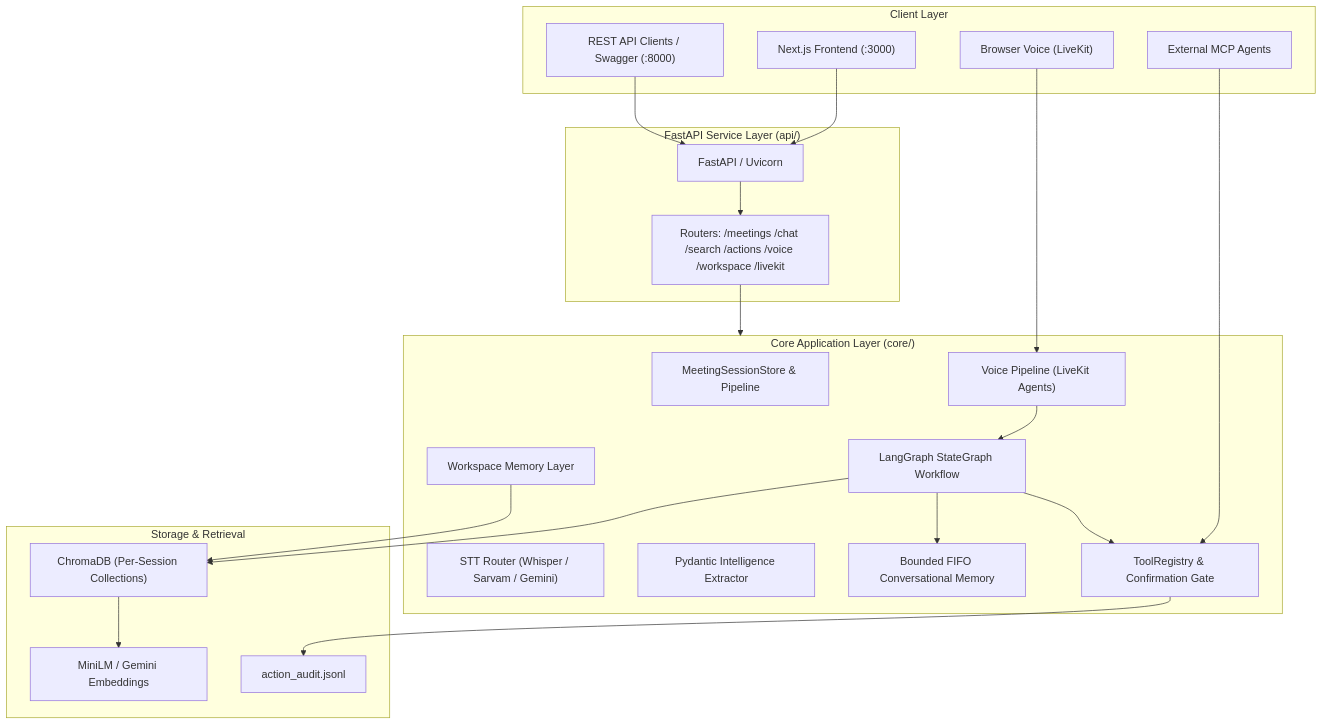
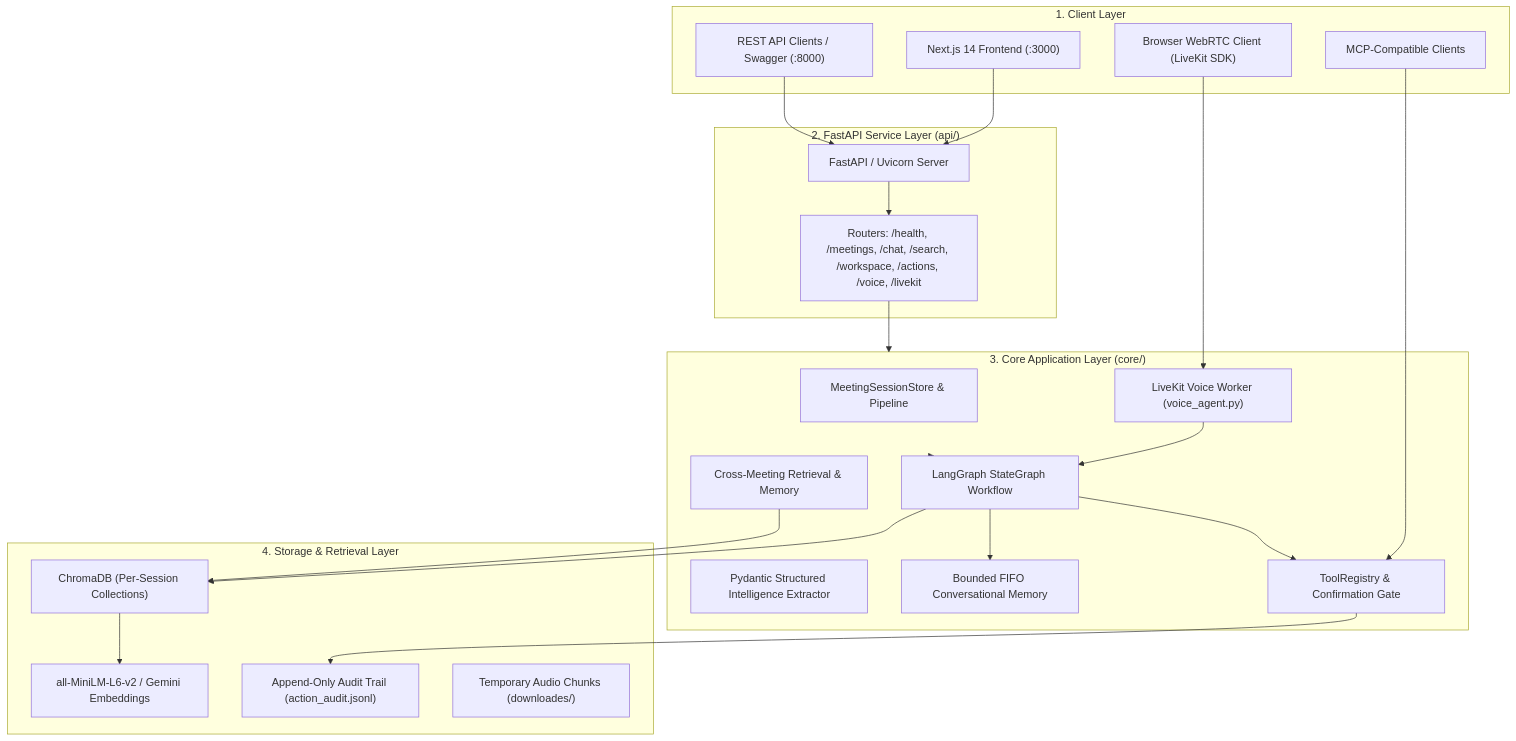
Before and after one commit to sanskarchourasiya445/RecallAI: the first of 2 diagrams in README.md, drawn with Mermaid. The commit also changed other lines of this file, not shown here.

````diff
--- a/README.md
+++ b/README.md
@@ -86,45 +82,46 @@
 ```mermaid
 flowchart TD
-    subgraph Clients["Client Layer"]
-        FE["Next.js Frontend (:3000)"]
+    subgraph Clients["1. Client Layer"]
+        FE["Next.js 14 Frontend (:3000)"]
         REST["REST API Clients / Swagger (:8000)"]
-        MCP_C["External MCP Agents"]
-        VOICE_C["Browser Voice (LiveKit)"]
+        VOICE_C["Browser WebRTC Client (LiveKit SDK)"]
+        MCP_C["MCP-Compatible Clients"]
     end
 
-    subgraph API["FastAPI Service Layer (api/)"]
-        APIGW["FastAPI / Uvicorn"]
-        Routers["Routers: /meetings /chat /search /actions /voice /workspace /livekit"]
+    subgraph API["2. FastAPI Service Layer (api/)"]
+        FASTAPI["FastAPI / Uvicorn Server"]
+        Routers["Routers: /health, /meetings, /chat, /search, /workspace, /actions, /voice, /livekit"]
     end
 
-    subgraph Core["Core Application Layer (core/)"]
+    subgraph Core["3. Core Application Layer (core/)"]
         Store["MeetingSessionStore & Pipeline"]
         Graph["LangGraph StateGraph Workflow"]
-        STT["STT Router (Whisper / Sarvam / Gemini)"]
-        Extract["Pydantic Intelligence Extractor"]
+        Extract["Pydantic Structured Intelligence Extractor"]
         Memory["Bounded FIFO Conversational Memory"]
         Tools["ToolRegistry & Confirmation Gate"]
-        Voice["Voice Pipeline (LiveKit Agents)"]
-        WorkspaceMem["Workspace Memory Layer"]
+        VoiceAgent["LiveKit Voice Worker (voice_agent.py)"]
+        WorkspaceRAG["Cross-Meeting Retrieval & Memory"]
     end
 
-    subgraph Storage["Storage & Retrieval"]
+    subgraph Storage["4. Storage & Retrieval Layer"]
         Chroma["ChromaDB (Per-Session Collections)"]
-        Embed["MiniLM / Gemini Embeddings"]
-        Audit["action_audit.jsonl"]
+        Embeddings["all-MiniLM-L6-v2 / Gemini Embeddings"]
+        AuditLog["Append-Only Audit Trail (action_audit.jsonl)"]
+        TempStorage["Temporary Audio Chunks (downloades/)"]
     end
 
-    FE --> APIGW
-    REST --> APIGW
-    VOICE_C --> Voice
+    FE --> FASTAPI
+    REST --> FASTAPI
     MCP_C --> Tools
-    APIGW --> Routers --> Core
+    VOICE_C --> VoiceAgent
+
+    FASTAPI --> Routers --> Core
     Core --> Graph
     Graph --> Memory
     Graph --> Chroma
     Graph --> Tools
-    Tools --> Audit
-    Voice --> Graph
-    Chroma --> Embed
-    WorkspaceMem --> Chroma
+    VoiceAgent --> Graph
+    WorkspaceRAG --> Chroma
+    Tools --> AuditLog
+    Chroma --> Embeddings
 ```
````
